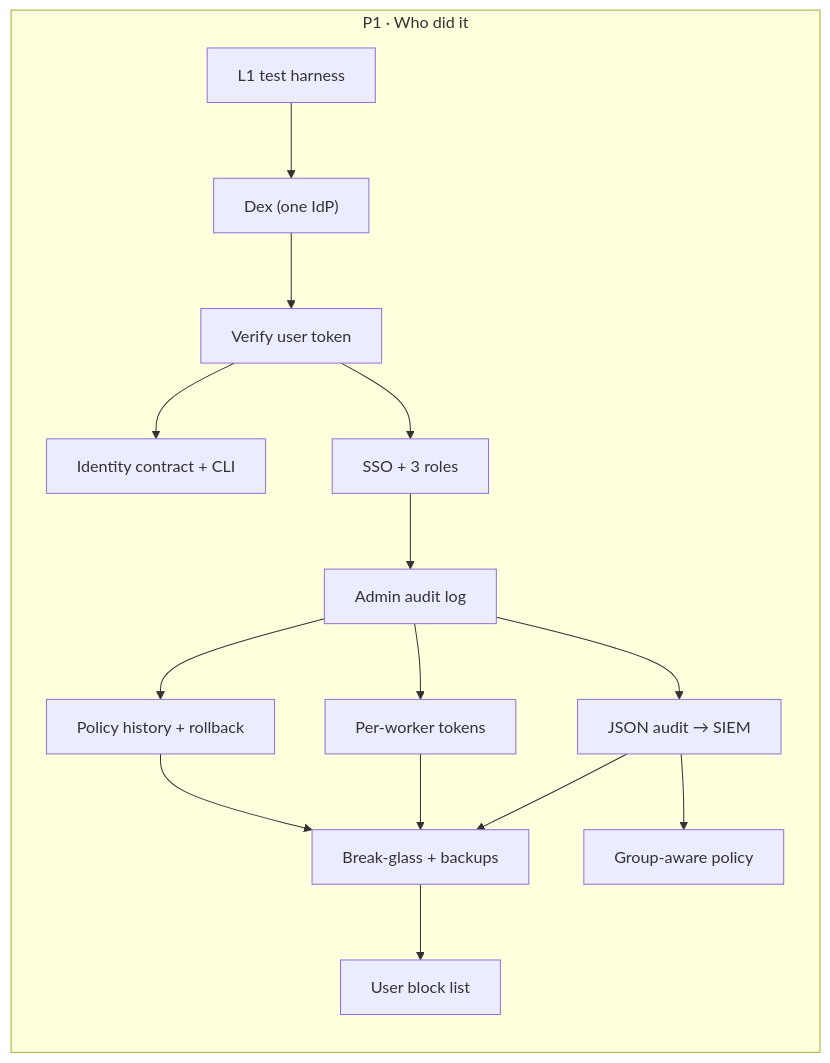
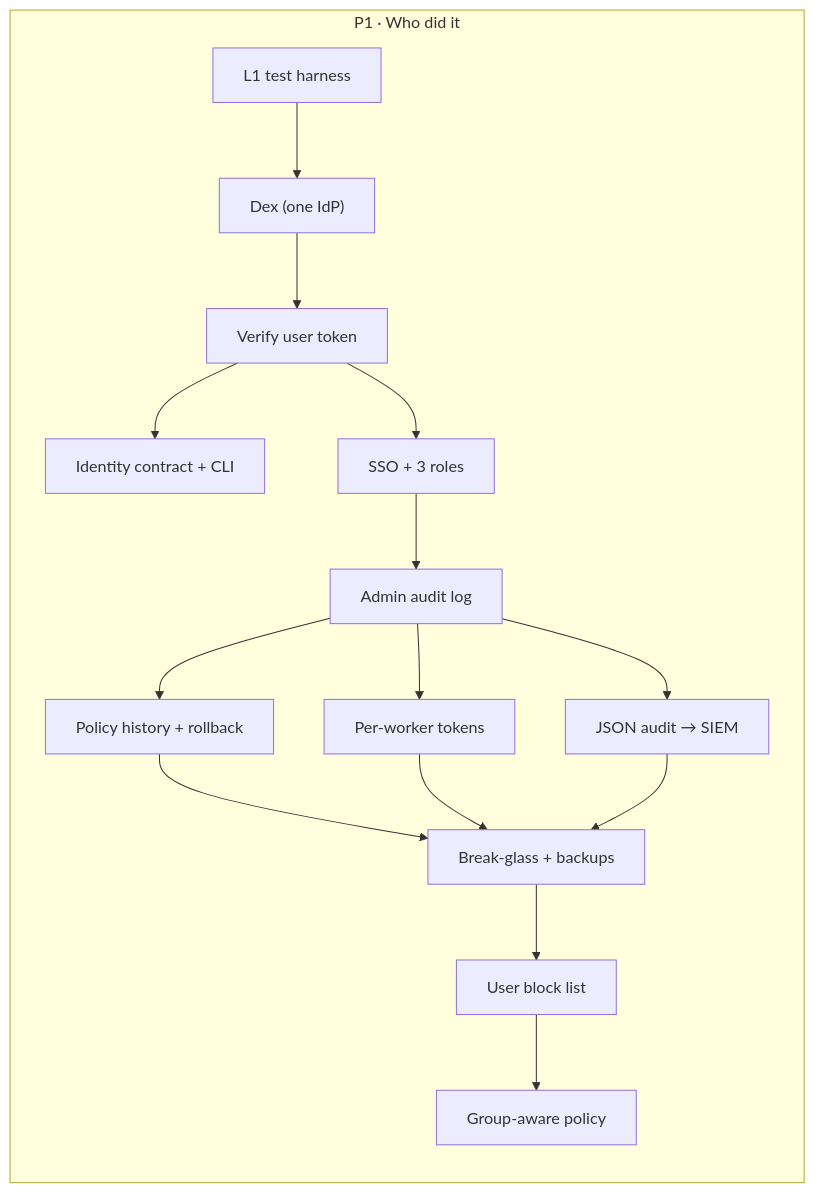
The first of 5 diagrams in docs/roadmap/README.md (ethosagent/warden), drawn with Mermaid before and after one commit. The commit also changed other lines of this file and 37 other files, not shown here.

Commit message:
docs(roadmap): merge the three P1 split groups and fix cross-group dependencies

````diff
--- a/docs/roadmap/README.md
+++ b/docs/roadmap/README.md
@@ -40,30 +40,30 @@
 ```mermaid
 flowchart LR
   subgraph ph1["P1 · Who did it"]
     p1_harness["L1 test harness"]
     p1_dex["Dex (one IdP)"]
     p1_verify_token["Verify user token"]
     p1_identity_contract["Identity contract + CLI"]
     p1_sso_roles["SSO + 3 roles"]
     p1_admin_audit["Admin audit log"]
     p1_policy_history["Policy history + rollback"]
     p1_worker_tokens["Per-worker tokens"]
     p1_json_audit["JSON audit → SIEM"]
     p1_breakglass["Break-glass + backups"]
     p1_block_list["User block list"]
     p1_group_policy["Group-aware policy"]
   end
   p1_harness --> p1_dex
   p1_dex --> p1_verify_token
   p1_verify_token --> p1_identity_contract
   p1_verify_token --> p1_sso_roles
   p1_sso_roles --> p1_admin_audit
   p1_admin_audit --> p1_policy_history
   p1_admin_audit --> p1_worker_tokens
   p1_admin_audit --> p1_json_audit
   p1_policy_history --> p1_breakglass
   p1_worker_tokens --> p1_breakglass
   p1_json_audit --> p1_breakglass
   p1_breakglass --> p1_block_list
-  p1_json_audit --> p1_group_policy
+  p1_block_list --> p1_group_policy
 ```
````
